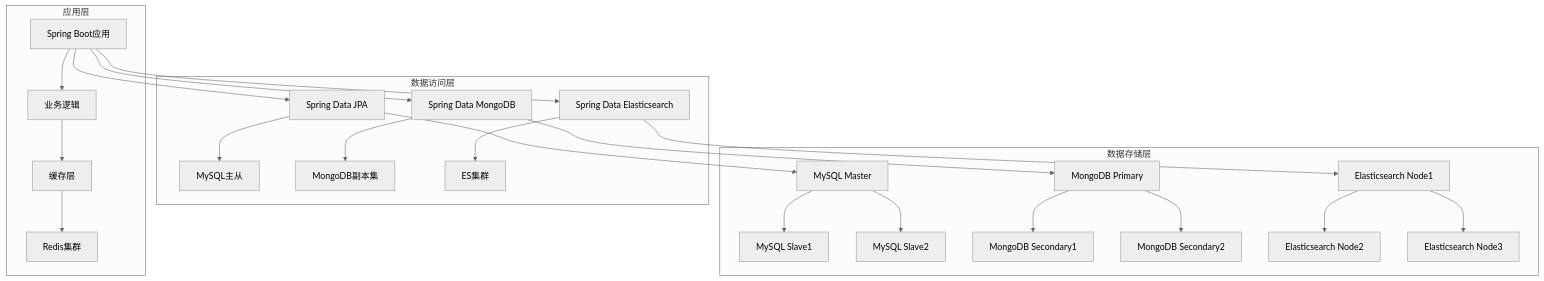
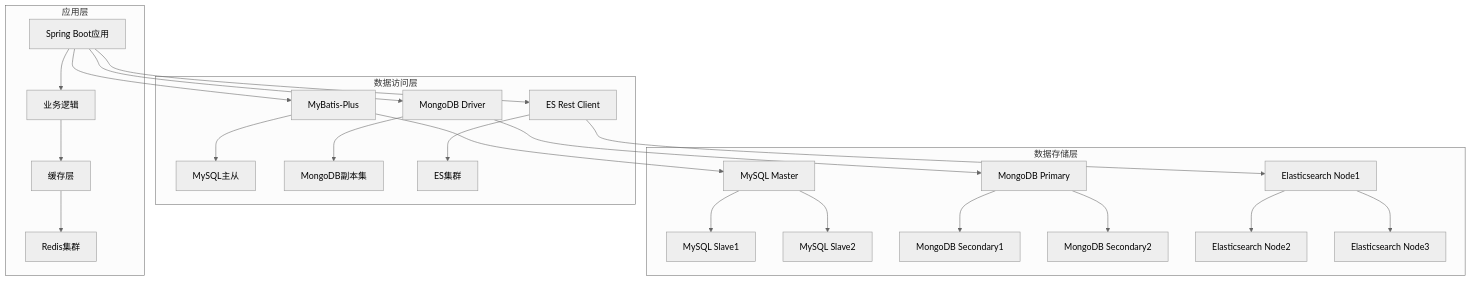
One commit to ylzyd12345/springboot-study changed the first of 2 diagrams in docs/04-运维支持层/17-数据库详细设计.md. Above: the diagram before and after it, drawn with Mermaid (neutral theme). The commit also changed other lines of this file and 60 other files, not shown here.

````diff
--- a/docs/04-运维支持层/17-数据库详细设计.md
+++ b/docs/04-运维支持层/17-数据库详细设计.md
@@ -29,30 +29,30 @@
 ```mermaid
 graph TB
     subgraph "应用层"
         A1[Spring Boot应用] --> A2[业务逻辑]
         A3[缓存层] --> A4[Redis集群]
     end
     
     subgraph "数据访问层"
-        B1[Spring Data JPA] --> B2[MySQL主从]
-        B3[Spring Data MongoDB] --> B4[MongoDB副本集]
-        B5[Spring Data Elasticsearch] --> B6[ES集群]
+        B1[MyBatis-Plus] --> B2[MySQL主从]
+        B3[MongoDB Driver] --> B4[MongoDB副本集]
+        B5[ES Rest Client] --> B6[ES集群]
     end
     
     subgraph "数据存储层"
         C1[MySQL Master] --> C2[MySQL Slave1]
         C1 --> C3[MySQL Slave2]
         C4[MongoDB Primary] --> C5[MongoDB Secondary1]
         C4 --> C6[MongoDB Secondary2]
         C7[Elasticsearch Node1] --> C8[Elasticsearch Node2]
         C7 --> C9[Elasticsearch Node3]
     end
     
     A1 --> B1
     A1 --> B3
     A1 --> B5
     A2 --> A3
     B1 --> C1
     B3 --> C4
     B5 --> C7
 ```
````
